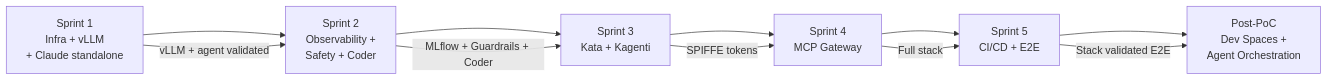
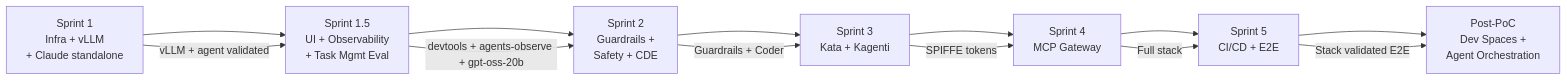
The diagram in docs/PLAN.md (gsampaio-rh/claude-code-openshift), drawn with Mermaid before and after one commit. The commit also changed other lines of this file and 13 other files, not shown here.

First line of the commit message:
Sprint 1.5: task-viewer sidecar, headless tasks, permission mode, workflow rules

````diff
--- a/docs/PLAN.md
+++ b/docs/PLAN.md
@@ -446,14 +422,16 @@
 ```mermaid
 flowchart LR
-    S1["Sprint 1\nInfra + vLLM\n+ Claude standalone"] --> S2["Sprint 2\nObservability +\nSafety + Coder"]
+    S1["Sprint 1\nInfra + vLLM\n+ Claude standalone"] --> S15["Sprint 1.5\nUI + Observability\n+ Task Mgmt Eval"]
+    S15 --> S2["Sprint 2\nGuardrails +\nSafety + CDE"]
     S2 --> S3["Sprint 3\nKata + Kagenti"]
     S3 --> S4["Sprint 4\nMCP Gateway"]
     S4 --> S5["Sprint 5\nCI/CD + E2E"]
     S5 --> PostPoC["Post-PoC\nDev Spaces +\nAgent Orchestration"]
 
-    S1 -->|"vLLM + agent validated"| S2
-    S2 -->|"MLflow + Guardrails + Coder"| S3
+    S1 -->|"vLLM + agent validated"| S15
+    S15 -->|"devtools + agents-observe + gpt-oss-20b"| S2
+    S2 -->|"Guardrails + Coder"| S3
     S3 -->|"SPIFFE tokens"| S4
     S4 -->|"Full stack"| S5
     S5 -->|"Stack validated E2E"| PostPoC
 ```
````
